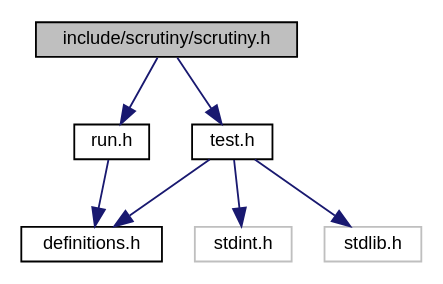
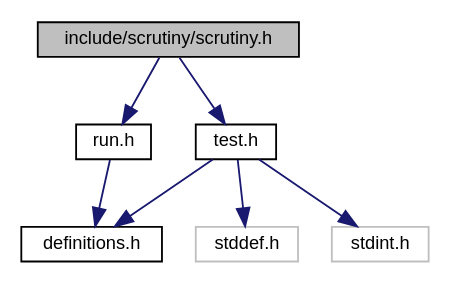
The diagram in docs/scrutiny_8h__incl.dot (nickeldan/scrutiny), drawn with Graphviz before and after one commit. The commit also changed 31 other files, not shown here.

```diff
--- a/docs/scrutiny_8h__incl.dot
+++ b/docs/scrutiny_8h__incl.dot
@@ -1,18 +1,18 @@
 digraph "include/scrutiny/scrutiny.h"
 {
  // LATEX_PDF_SIZE
   edge [fontname="Helvetica",fontsize="10",labelfontname="Helvetica",labelfontsize="10"];
   node [fontname="Helvetica",fontsize="10",shape=record];
   Node1 [label="include/scrutiny/scrutiny.h",height=0.2,width=0.4,color="black", fillcolor="grey75", style="filled", fontcolor="black",tooltip="Master include file."];
   Node1 -> Node2 [color="midnightblue",fontsize="10",style="solid",fontname="Helvetica"];
   Node2 [label="run.h",height=0.2,width=0.4,color="black", fillcolor="white", style="filled",URL="$run_8h.html",tooltip="Defines the runner functionality."];
   Node2 -> Node3 [color="midnightblue",fontsize="10",style="solid",fontname="Helvetica"];
   Node3 [label="definitions.h",height=0.2,width=0.4,color="black", fillcolor="white", style="filled",URL="$definitions_8h_source.html",tooltip=" "];
   Node1 -> Node4 [color="midnightblue",fontsize="10",style="solid",fontname="Helvetica"];
   Node4 [label="test.h",height=0.2,width=0.4,color="black", fillcolor="white", style="filled",URL="$test_8h.html",tooltip="Defines the test macros."];
   Node4 -> Node5 [color="midnightblue",fontsize="10",style="solid",fontname="Helvetica"];
-  Node5 [label="stdint.h",height=0.2,width=0.4,color="grey75", fillcolor="white", style="filled",tooltip=" "];
+  Node5 [label="stddef.h",height=0.2,width=0.4,color="grey75", fillcolor="white", style="filled",tooltip=" "];
   Node4 -> Node6 [color="midnightblue",fontsize="10",style="solid",fontname="Helvetica"];
-  Node6 [label="stdlib.h",height=0.2,width=0.4,color="grey75", fillcolor="white", style="filled",tooltip=" "];
+  Node6 [label="stdint.h",height=0.2,width=0.4,color="grey75", fillcolor="white", style="filled",tooltip=" "];
   Node4 -> Node3 [color="midnightblue",fontsize="10",style="solid",fontname="Helvetica"];
 }
```
